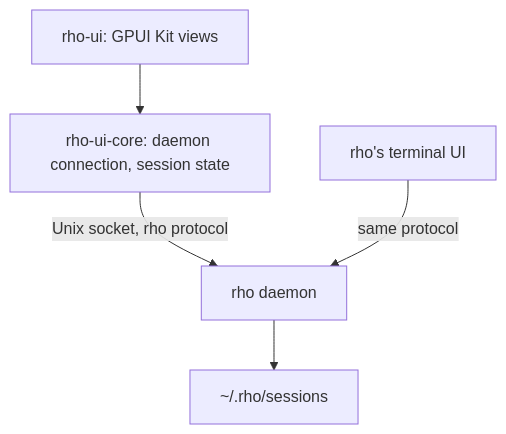
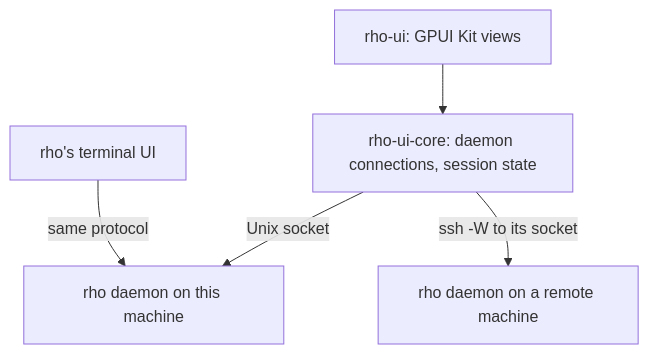
Before and after one commit to matthewyjiang/rho-ui: the diagram in docs/architecture.md, drawn with Mermaid. The commit also changed other lines of this file and 29 other files, not shown here.

First line of the commit message:
Show sessions from remote machines beside this one's

````diff
--- a/docs/architecture.md
+++ b/docs/architecture.md
@@ -5,7 +5,7 @@
 ```mermaid
 flowchart TD
-    UI["rho-ui: GPUI Kit views"] --> Core["rho-ui-core: daemon connection, session state"]
-    Core -->|"Unix socket, rho protocol"| Daemon["rho daemon"]
-    TUI["rho's terminal UI"] -->|"same protocol"| Daemon
-    Daemon --> Store["~/.rho/sessions"]
+    UI["rho-ui: GPUI Kit views"] --> Core["rho-ui-core: daemon connections, session state"]
+    Core -->|"Unix socket"| Local["rho daemon on this machine"]
+    Core -->|"ssh -W to its socket"| Remote["rho daemon on a remote machine"]
+    TUI["rho's terminal UI"] -->|"same protocol"| Local
 ```
````
